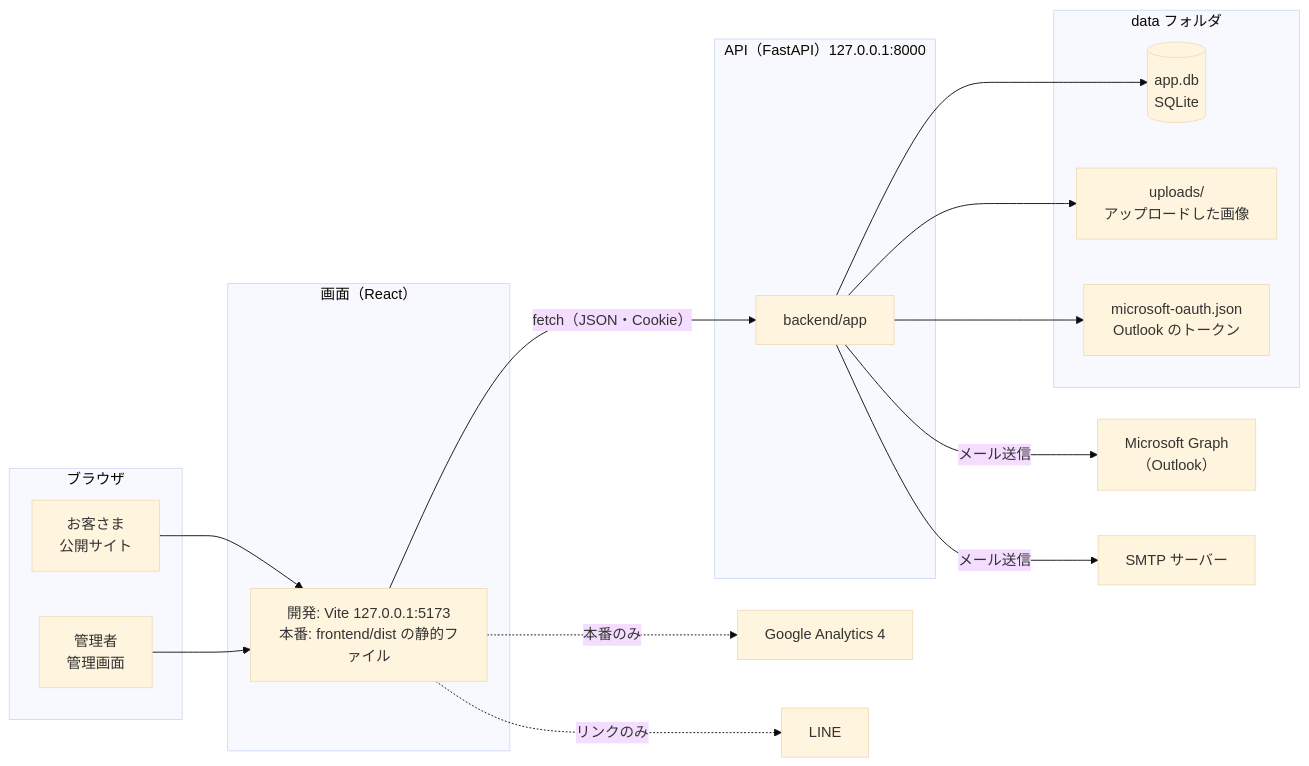
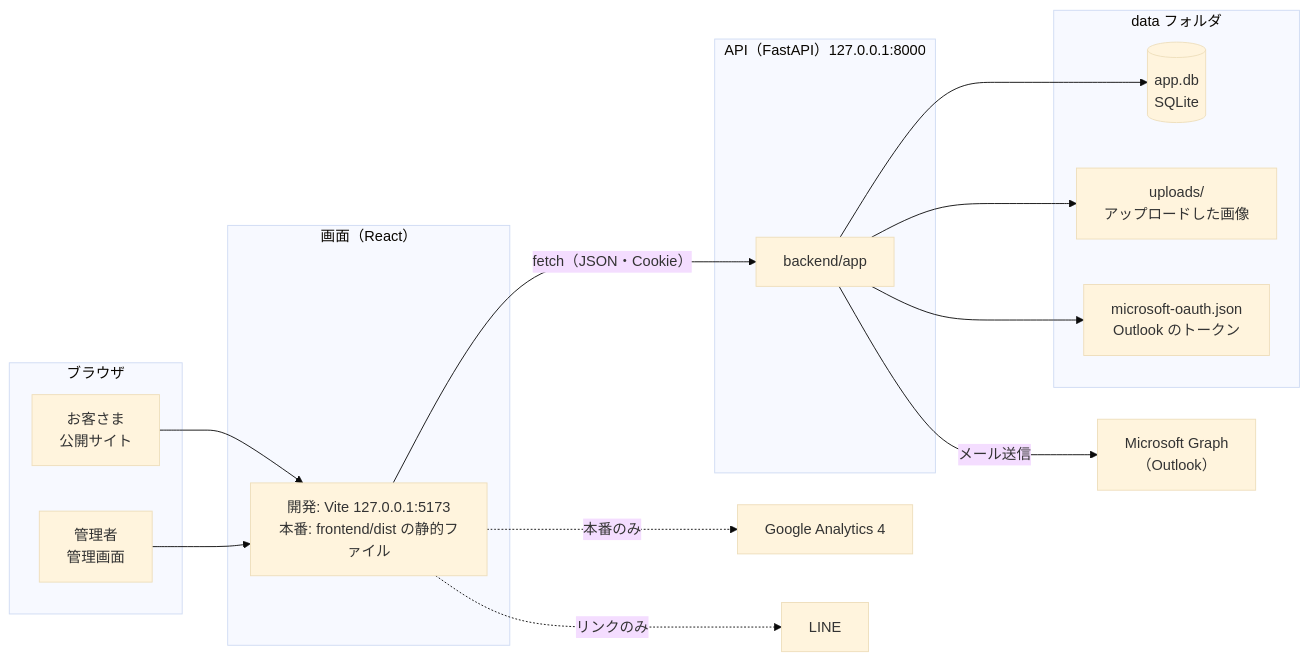
One commit to NakagawaTakato/company changed the first of 2 diagrams in docs/詳細設計書/01_システム構成.md. Above: the diagram before and after it, drawn with Mermaid (base theme). The commit also changed other lines of this file and 36 other files, not shown here.

````diff
--- a/docs/詳細設計書/01_システム構成.md
+++ b/docs/詳細設計書/01_システム構成.md
@@ -13,28 +13,27 @@
 ```mermaid
 flowchart LR
   subgraph Browser["ブラウザ"]
     Customer["お客さま<br>公開サイト"]
     Admin["管理者<br>管理画面"]
   end
   subgraph Web["画面（React）"]
     SPA["開発: Vite 127.0.0.1:5173<br>本番: frontend/dist の静的ファイル"]
   end
   subgraph Api["API（FastAPI）127.0.0.1:8000"]
     App["backend/app"]
   end
   subgraph Data["data フォルダ"]
     DB[("app.db<br>SQLite")]
     Up["uploads/<br>アップロードした画像"]
     Tok["microsoft-oauth.json<br>Outlook のトークン"]
   end
   Customer --> SPA
   Admin --> SPA
   SPA -- "fetch（JSON・Cookie）" --> App
   App --> DB
   App --> Up
   App --> Tok
   App -- "メール送信" --> Graph["Microsoft Graph<br>（Outlook）"]
-  App -- "メール送信" --> Smtp["SMTP サーバー"]
   SPA -. "本番のみ" .-> GA["Google Analytics 4"]
   SPA -. "リンクのみ" .-> Line["LINE"]
 ```
````
